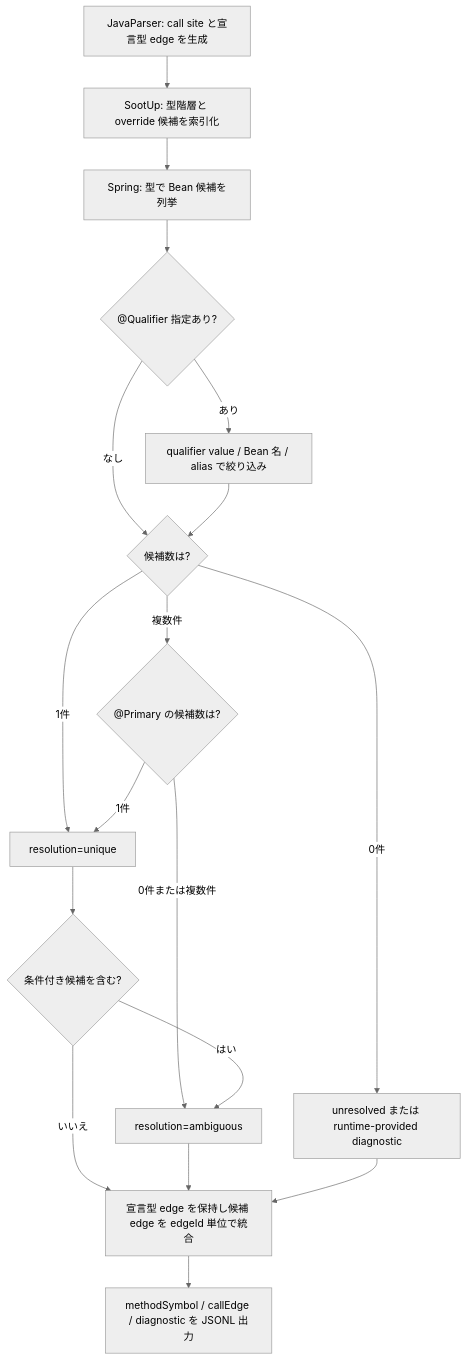
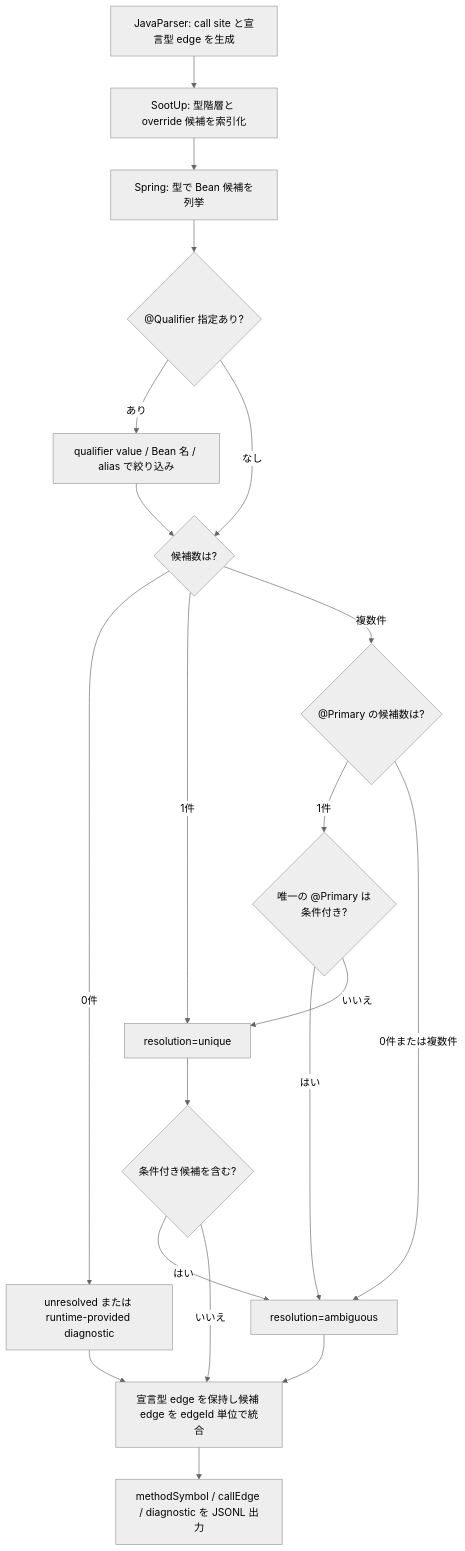
One commit to Fukuemon/depwalk changed the diagram in design/features/java-analyzer/DesignDoc_java-analyzer.md. Above: the diagram before and after it, drawn with Mermaid (neutral theme). The commit also changed other lines of this file and 4 other files, not shown here.

````diff
--- a/design/features/java-analyzer/DesignDoc_java-analyzer.md
+++ b/design/features/java-analyzer/DesignDoc_java-analyzer.md
@@ -307,20 +307,22 @@
 ```mermaid
 flowchart TD
     Parse["JavaParser: call site と宣言型 edge を生成"] --> Hierarchy["SootUp: 型階層と override 候補を索引化"]
     Hierarchy --> Beans["Spring: 型で Bean 候補を列挙"]
     Beans --> Qualifier{"@Qualifier 指定あり?"}
     Qualifier -->|あり| Filter["qualifier value / Bean 名 / alias で絞り込み"]
     Qualifier -->|なし| Count
     Filter --> Count{"候補数は?"}
     Count -->|0件| Unresolved["unresolved または runtime-provided diagnostic"]
     Count -->|1件| Unique["resolution=unique"]
     Count -->|複数件| Primary{"@Primary の候補数は?"}
-    Primary -->|1件| Unique
+    Primary -->|1件| PrimaryCondition{"唯一の @Primary は<br/>条件付き?"}
+    PrimaryCondition -->|はい| Ambiguous
+    PrimaryCondition -->|いいえ| Unique
     Primary -->|0件または複数件| Ambiguous["resolution=ambiguous"]
     Unique --> Conditional{"条件付き候補を含む?"}
     Conditional -->|はい| Ambiguous
     Conditional -->|いいえ| Merge
     Ambiguous --> Merge["宣言型 edge を保持し候補 edge を edgeId 単位で統合"]
     Unresolved --> Merge
     Merge --> Output["methodSymbol / callEdge / diagnostic を JSONL 出力"]
 ```
````
